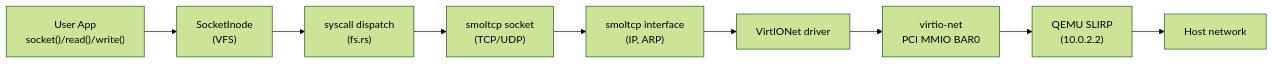
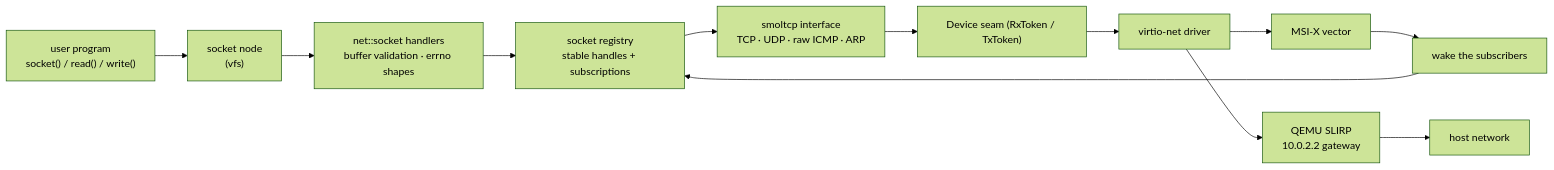
One commit to sgj123456/MPOS changed the fifth of 5 diagrams in README.md. Above: the diagram before and after it, drawn with Mermaid (forest theme). The commit also changed other lines of this file and 3 other files, not shown here.

First line of the commit message:
docs: AGENTS.md and ARCHITECTURE.md, a README that matches the tree, and PLAN.md's status

````diff
--- a/README.md
+++ b/README.md
@@ -165,11 +214,14 @@
 ```mermaid
 graph LR
-    A["User App<br/>socket()/read()/write()"] --> B["SocketInode<br/>(VFS)"]
-    B --> C["syscall dispatch<br/>(fs.rs)"]
-    C --> D["smoltcp socket<br/>(TCP/UDP)"]
-    D --> E["smoltcp interface<br/>(IP, ARP)"]
-    E --> F["VirtIONet driver"]
-    F --> G["virtio-net<br/>PCI MMIO BAR0"]
-    G --> H["QEMU SLIRP<br/>(10.0.2.2)"]
-    H --> I["Host network"]
+    APP["user program<br/>socket() / read() / write()"] --> SOCKINODE["socket node<br/>(vfs)"]
+    SOCKINODE --> DISPATCH["net::socket handlers<br/>buffer validation · errno shapes"]
+    DISPATCH --> REG["socket registry<br/>stable handles + subscriptions"]
+    REG --> SMOLTCP["smoltcp interface<br/>TCP · UDP · raw ICMP · ARP"]
+    SMOLTCP --> DEVSEAM["Device seam (RxToken / TxToken)"]
+    DEVSEAM --> VNETDRV["virtio-net driver"]
+    VNETDRV --> MSIX["MSI-X vector"]
+    VNETDRV --> SLIRP["QEMU SLIRP<br/>10.0.2.2 gateway"]
+    SLIRP --> HOST["host network"]
+    MSIX --> WAKE["wake the subscribers"]
+    WAKE --> REG
 ```
````
